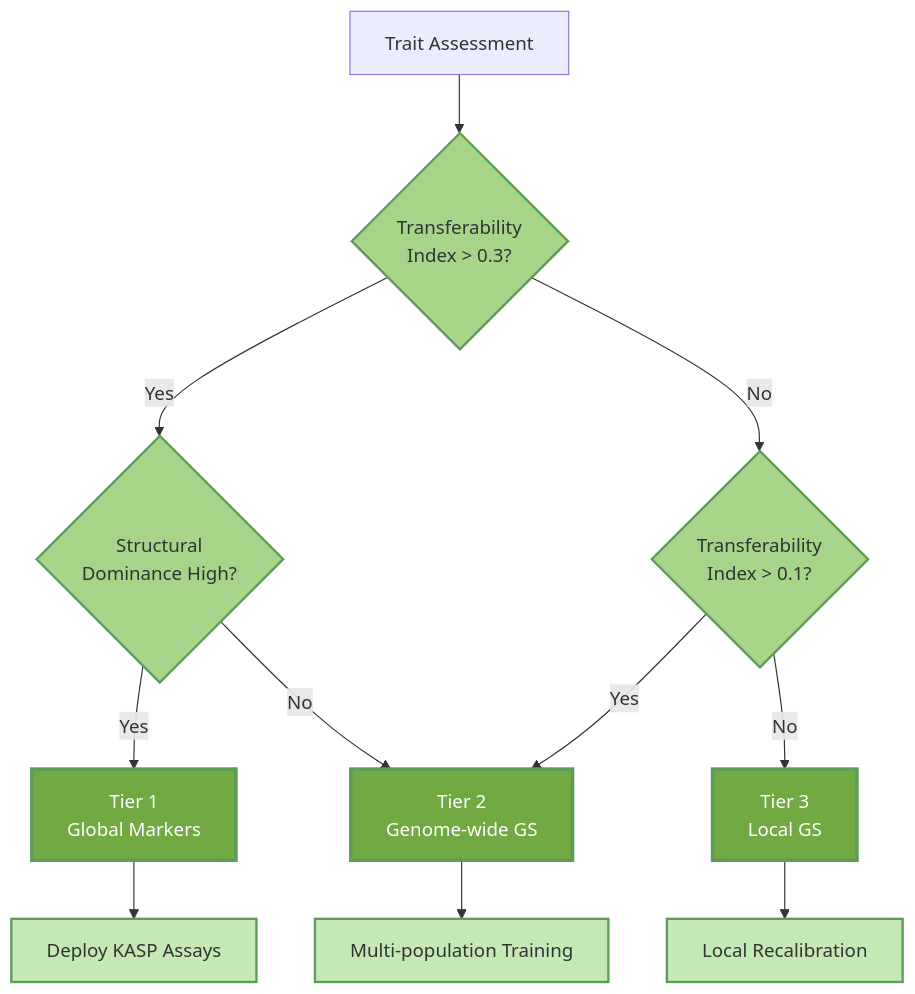
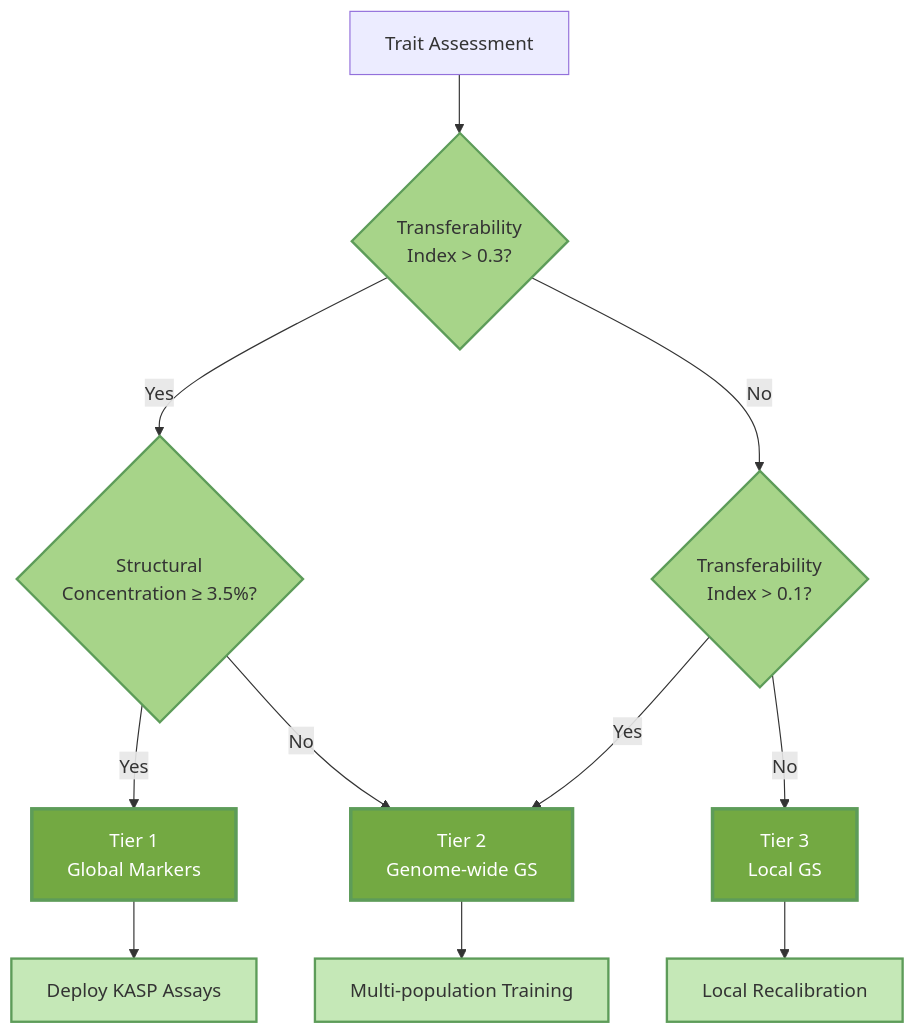
One commit to shoaibms/mango changed the second of 2 diagrams in README.md. Above: the diagram before and after it, drawn with Mermaid. The commit also changed other lines of this file, not shown here.

````diff
--- a/README.md
+++ b/README.md
@@ -131,25 +130,25 @@
 ```mermaid
 flowchart TB
     A["Trait Assessment"] --> B{"Transferability<br/>Index > 0.3?"}
     
-    B -->|Yes| C{"Structural<br/>Dominance High?"}
+    B -->|Yes| C{"Structural<br/>Concentration ≥ 3.5%?"}
     B -->|No| D{"Transferability<br/>Index > 0.1?"}
     
     C -->|Yes| E["Tier 1<br/>Global Markers"]
     C -->|No| F["Tier 2<br/>Genome-wide GS"]
     
     D -->|Yes| F
     D -->|No| G["Tier 3<br/>Local GS"]
 
     E --> H["Deploy KASP Assays"]
     F --> I["Multi-population Training"]
     G --> J["Local Recalibration"]
 
     classDef tierNode fill:#73a942,stroke:#5d9c59,stroke-width:3px,color:#fff
     classDef actionNode fill:#c5e8b7,stroke:#5d9c59,stroke-width:2px,color:#333
     classDef decisionNode fill:#a7d489,stroke:#5d9c59,stroke-width:2px,color:#333
 
     class E,F,G tierNode
     class H,I,J actionNode
     class B,C,D decisionNode
 ```
````
